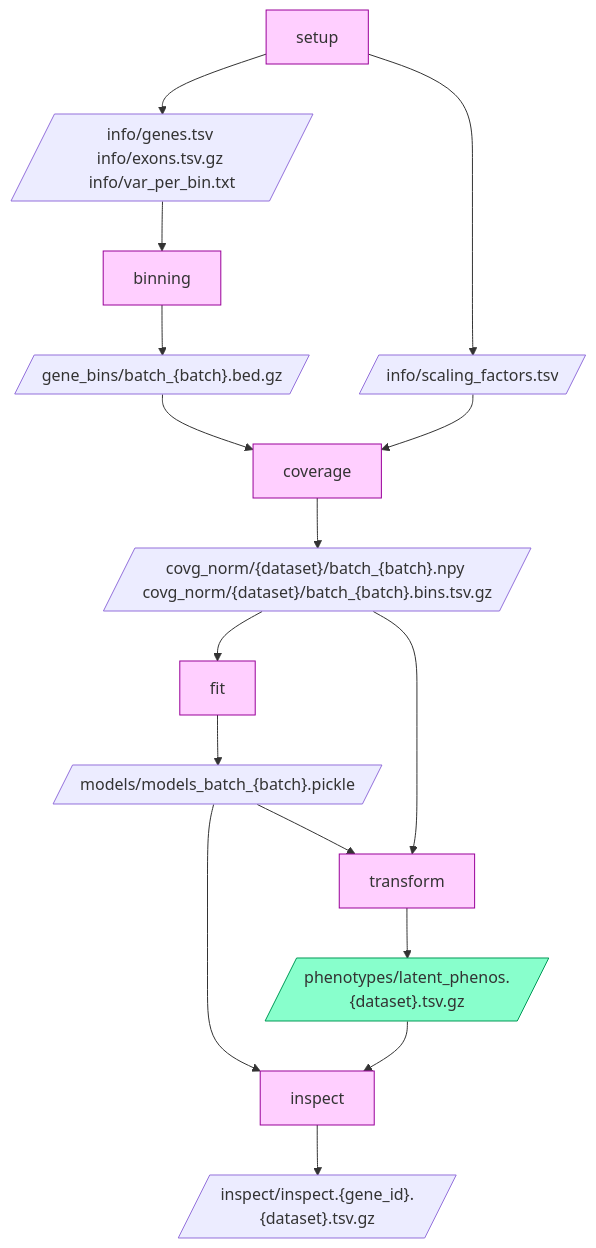
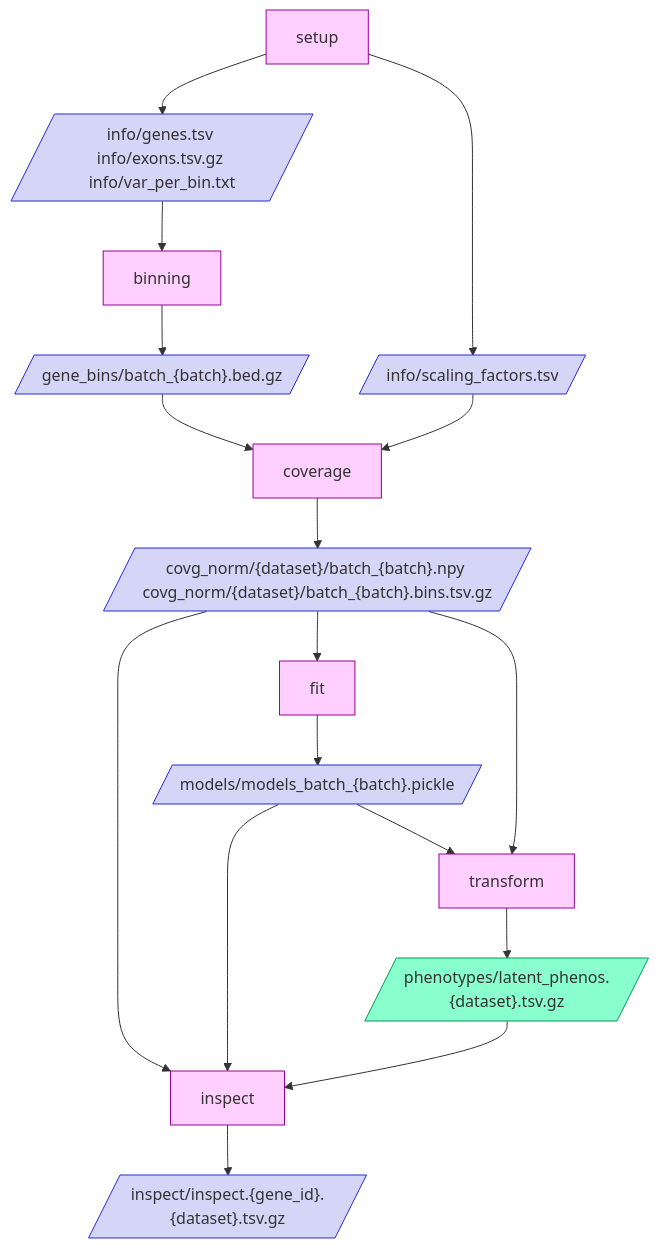
The third of 3 diagrams in README.md (PejLab/LaDDR), drawn with Mermaid before and after one commit. The commit also changed other lines of this file and 4 other files, not shown here.

First line of the commit message:
Use norm coverage for inspect

````diff
--- a/README.md
+++ b/README.md
@@ -199,24 +199,25 @@
 ```mermaid
 flowchart TD
     setup --> genebininfo[/"info/genes.tsv info/exons.tsv.gz info/var_per_bin.txt"/]
     setup --> covgnormparams[/"info/scaling_factors.tsv"/]
     genebininfo --> binning
     binning --> bins[/"gene_bins/batch_{batch}.bed.gz"/]
     bins --> coverage
     covgnormparams --> coverage
     coverage --> covg[/"covg_norm/{dataset}/batch_{batch}.npy covg_norm/{dataset}/batch_{batch}.bins.tsv.gz"/]
     covg --> fit
     fit --> models[/"models/models_batch_{batch}.pickle"/]
     models --> transform
     covg --> transform
     transform --> phenotypes[/"phenotypes/latent_phenos.{dataset}.tsv.gz"/]
+    covg --> inspect
     models --> inspect
     phenotypes --> inspect
     inspect --> modelinfo[/"inspect/inspect.{gene_id}.{dataset}.tsv.gz"/]
     classDef step fill:#ffcfff,stroke:#990099
     classDef data fill:#d5d5f7,stroke:#2929d6
     classDef input fill:#bdecfc,stroke:#0995c3
-    class init,setup,binning,coverage,fit,transform,inspect step
-    class config,bigwig,data data
+    class setup,binning,coverage,fit,transform,inspect step
+    class genebininfo,covgnormparams,bins,covg,models,phenotypes,modelinfo data
     style phenotypes fill:#88ffcc,stroke:#009957
 ```
````
